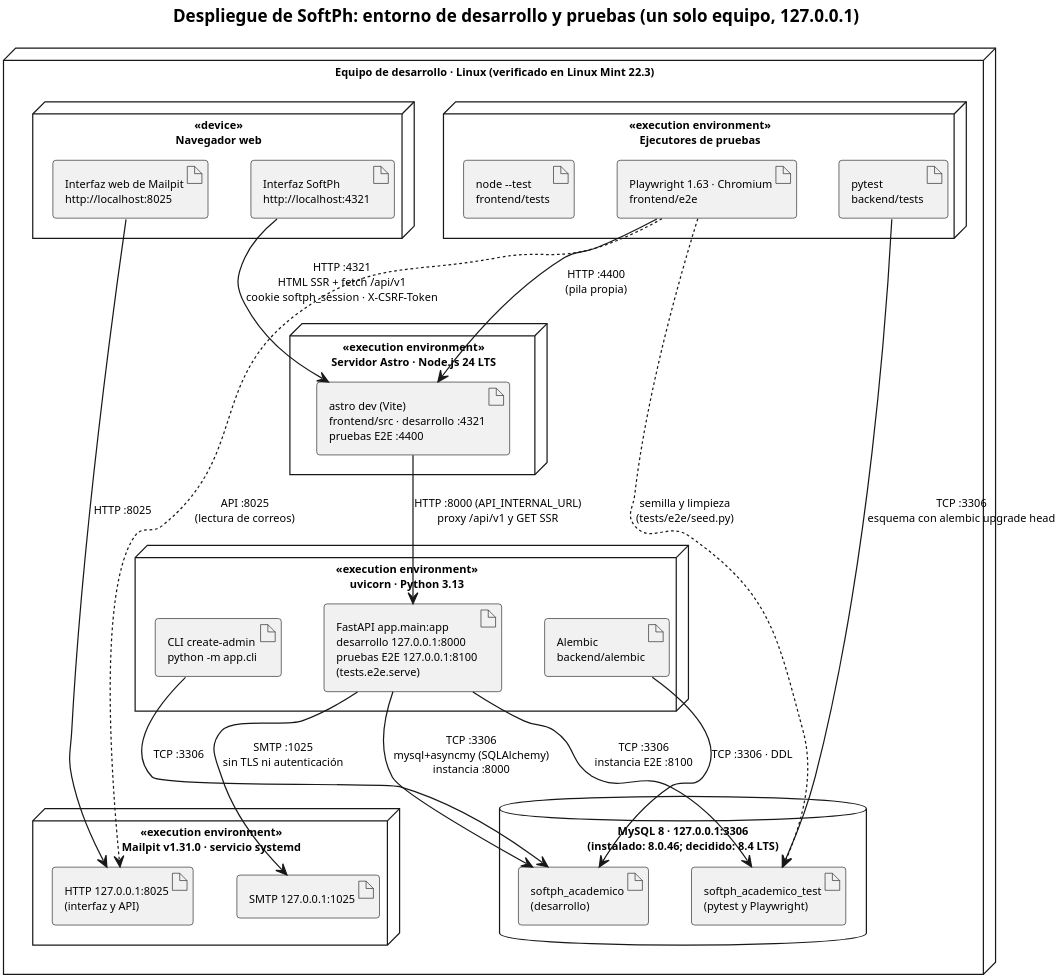
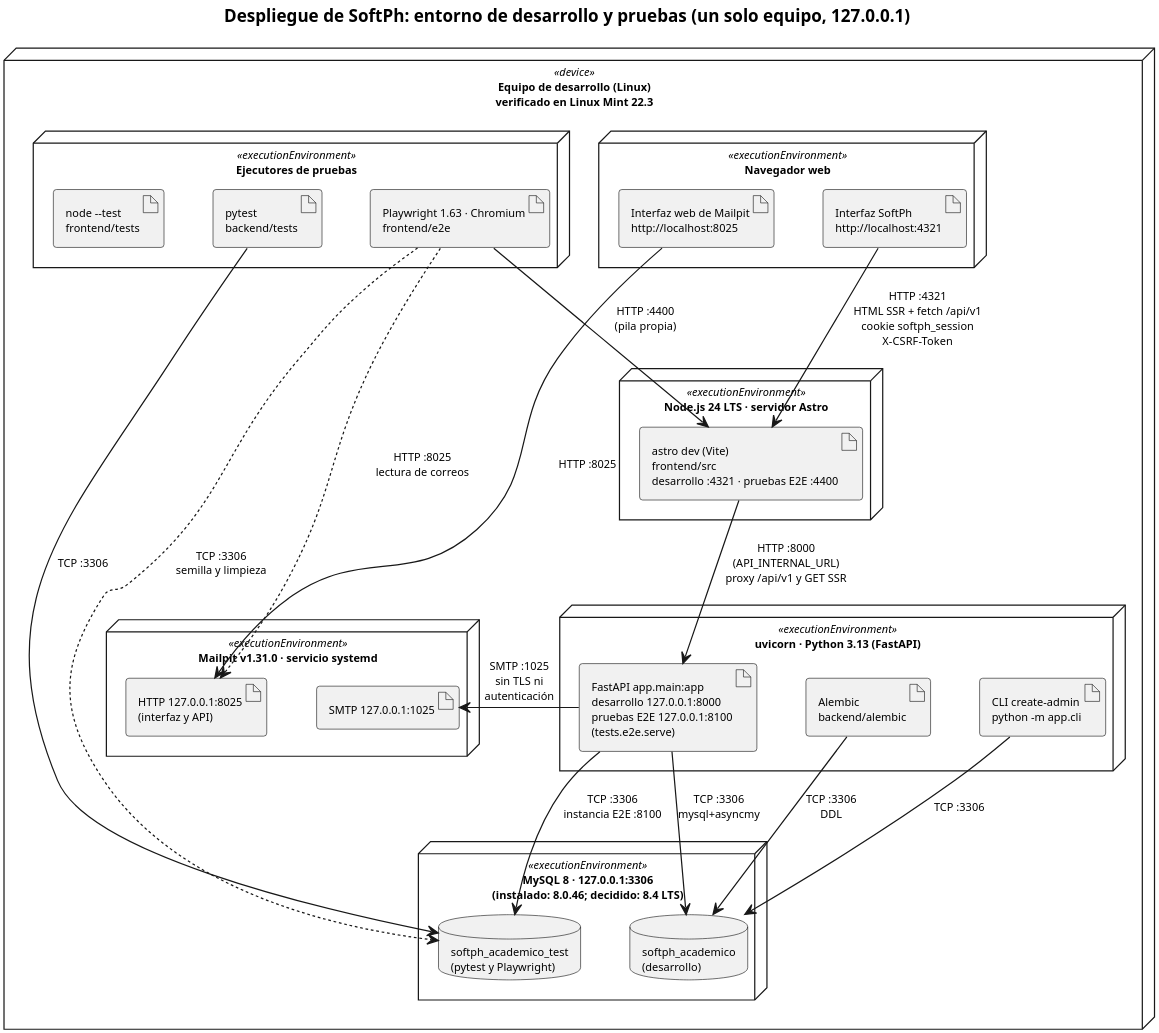
The diagram in docs/entrega-objetivos/arquitectura/despliegue.puml (yilberDev/SoftPh-Academico), drawn with PlantUML before and after one commit. The commit also changed 33 other files, not shown here.

First line of the commit message:
docs: rework architecture and data diagrams, add verification guide

```diff
--- a/docs/entrega-objetivos/arquitectura/despliegue.puml
+++ b/docs/entrega-objetivos/arquitectura/despliegue.puml
@@ -1,61 +1,64 @@
 @startuml
 ' Diagrama de despliegue UML del entorno de desarrollo y pruebas de SoftPh.
+' Un único dispositivo (el equipo de desarrollo) contiene todos los entornos de ejecución.
 ' Puertos y protocolos tomados de: .env.example (API_INTERNAL_URL, APP_ORIGIN, SMTP_*, DB_*),
 ' README.md (uvicorn --host 127.0.0.1 --port 8000; Astro en 4321), frontend/playwright.config.ts
 ' (8100 y 4400), backend/tests/e2e/serve.py y /etc/systemd/system/mailpit.service.
 ' El repositorio no contiene configuración de producción (proxy inverso, contenedores ni SMTP real).
 skinparam dpi 300
 skinparam shadowing false
 skinparam defaultFontName Helvetica
 skinparam defaultFontSize 9
+skinparam nodesep 40
+skinparam ranksep 55
 top to bottom direction
 
 title Despliegue de SoftPh: entorno de desarrollo y pruebas (un solo equipo, 127.0.0.1)
 
-node "Equipo de desarrollo · Linux (verificado en Linux Mint 22.3)" as host {
+node "Equipo de desarrollo (Linux)\nverificado en Linux Mint 22.3" <<device>> as host {
 
-  node "«device»\nNavegador web" as browser {
+  node "Navegador web" <<executionEnvironment>> as browser {
     artifact "Interfaz SoftPh\nhttp://localhost:4321" as ui
     artifact "Interfaz web de Mailpit\nhttp://localhost:8025" as mailui
   }
 
-  node "«execution environment»\nServidor Astro · Node.js 24 LTS" as astro {
-    artifact "astro dev (Vite)\nfrontend/src · desarrollo :4321\npruebas E2E :4400" as astroapp
+  node "Ejecutores de pruebas" <<executionEnvironment>> as runners {
+    artifact "pytest\nbackend/tests" as pytest
+    artifact "Playwright 1.63 · Chromium\nfrontend/e2e" as playwright
+    artifact "node --test\nfrontend/tests" as nodetest
   }
 
-  node "«execution environment»\nuvicorn · Python 3.13" as uvicorn {
+  node "Node.js 24 LTS · servidor Astro" <<executionEnvironment>> as astro {
+    artifact "astro dev (Vite)\nfrontend/src\ndesarrollo :4321 · pruebas E2E :4400" as astroapp
+  }
+
+  node "uvicorn · Python 3.13 (FastAPI)" <<executionEnvironment>> as uvicorn {
     artifact "FastAPI app.main:app\ndesarrollo 127.0.0.1:8000\npruebas E2E 127.0.0.1:8100\n(tests.e2e.serve)" as api
     artifact "Alembic\nbackend/alembic" as alembic
     artifact "CLI create-admin\npython -m app.cli" as cli
   }
 
-  database "MySQL 8 · 127.0.0.1:3306\n(instalado: 8.0.46; decidido: 8.4 LTS)" as mysql {
-    artifact "softph_academico\n(desarrollo)" as devdb
-    artifact "softph_academico_test\n(pytest y Playwright)" as testdb
+  node "MySQL 8 · 127.0.0.1:3306\n(instalado: 8.0.46; decidido: 8.4 LTS)" <<executionEnvironment>> as mysql {
+    database "softph_academico\n(desarrollo)" as devdb
+    database "softph_academico_test\n(pytest y Playwright)" as testdb
   }
 
-  node "«execution environment»\nMailpit v1.31.0 · servicio systemd" as mailpit {
+  node "Mailpit v1.31.0 · servicio systemd" <<executionEnvironment>> as mailpit {
     artifact "SMTP 127.0.0.1:1025" as smtp
     artifact "HTTP 127.0.0.1:8025\n(interfaz y API)" as mailhttp
   }
-
-  node "«execution environment»\nEjecutores de pruebas" as runners {
-    artifact "pytest\nbackend/tests" as pytest
-    artifact "Playwright 1.63 · Chromium\nfrontend/e2e" as playwright
-    artifact "node --test\nfrontend/tests" as nodetest
-  }
 }
 
-ui --> astroapp : "HTTP :4321\nHTML SSR + fetch /api/v1\ncookie softph_session · X-CSRF-Token"
-astroapp --> api : "HTTP :8000 (API_INTERNAL_URL)\nproxy /api/v1 y GET SSR"
-api --> devdb : "TCP :3306\nmysql+asyncmy (SQLAlchemy)\ninstancia :8000"
+ui --> astroapp : "HTTP :4321\nHTML SSR + fetch /api/v1\ncookie softph_session\nX-CSRF-Token"
+playwright --> astroapp : "HTTP :4400\n(pila propia)"
+astroapp --> api : "HTTP :8000\n(API_INTERNAL_URL)\nproxy /api/v1 y GET SSR"
+api -right-> smtp : "SMTP :1025\nsin TLS ni\nautenticación"
+mailui --> mailhttp : "HTTP :8025"
+playwright ..> mailhttp : "HTTP :8025\nlectura de correos"
+api --> devdb : "TCP :3306\nmysql+asyncmy"
 api --> testdb : "TCP :3306\ninstancia E2E :8100"
-alembic --> devdb : "TCP :3306 · DDL"
+alembic --> devdb : "TCP :3306\nDDL"
 cli --> devdb : "TCP :3306"
-api --> smtp : "SMTP :1025\nsin TLS ni autenticación"
-mailui --> mailhttp : "HTTP :8025"
-pytest --> testdb : "TCP :3306\nesquema con alembic upgrade head"
-playwright --> astroapp : "HTTP :4400\n(pila propia)"
-playwright ..> testdb : "semilla y limpieza\n(tests/e2e/seed.py)"
-playwright ..> mailhttp : "API :8025\n(lectura de correos)"
+pytest --> testdb : "TCP :3306"
+playwright ..> testdb : "TCP :3306\nsemilla y limpieza"
 @enduml
```
